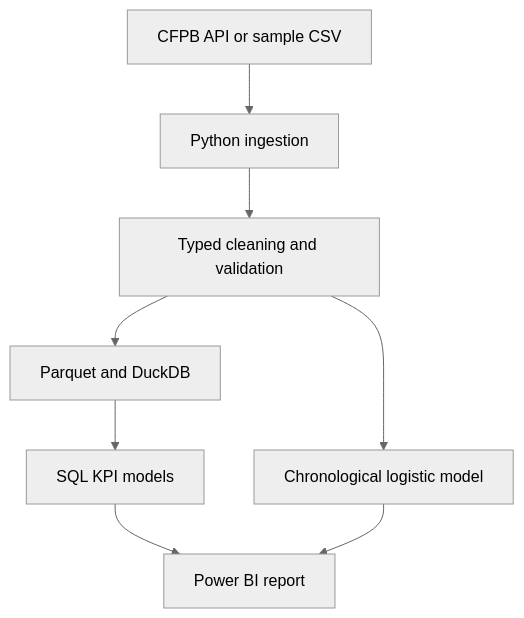
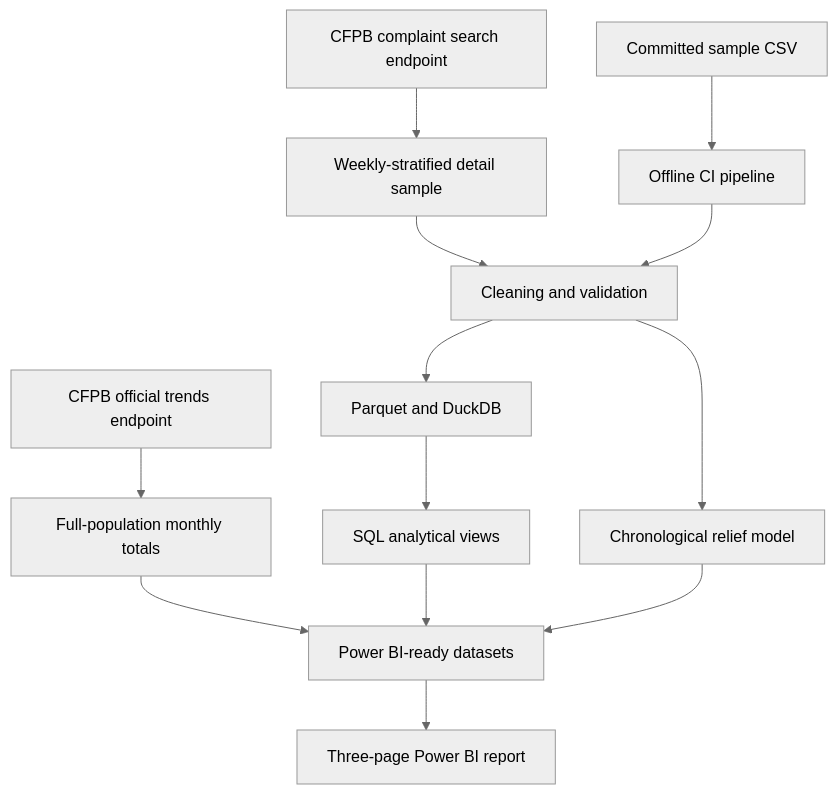
Before and after one commit to RishiRatnakarData/consumer-complaint-intelligence: the diagram in docs/architecture.md, drawn with Mermaid (neutral theme). The commit also changed other lines of this file and 2 other files, not shown here.

Commit message:
docs: add validated Power BI dashboard

````diff
--- a/docs/architecture.md
+++ b/docs/architecture.md
@@ -3,10 +5,18 @@
 ```mermaid
 flowchart TD
-    A[CFPB API or sample CSV] --> B[Python ingestion]
-    B --> C[Typed cleaning and validation]
-    C --> D[Parquet and DuckDB]
-    D --> E[SQL KPI models]
-    C --> F[Chronological logistic model]
-    E --> G[Power BI report]
+    A[CFPB official trends endpoint] --> B[Full-population monthly totals]
+    C[CFPB complaint search endpoint] --> D[Weekly-stratified detail sample]
+    E[Committed sample CSV] --> F[Offline CI pipeline]
+
+    D --> G[Cleaning and validation]
     F --> G
+
+    G --> H[Parquet and DuckDB]
+    H --> I[SQL analytical views]
+    G --> J[Chronological relief model]
+
+    B --> K[Power BI-ready datasets]
+    I --> K
+    J --> K
+    K --> L[Three-page Power BI report]
 ```
````
